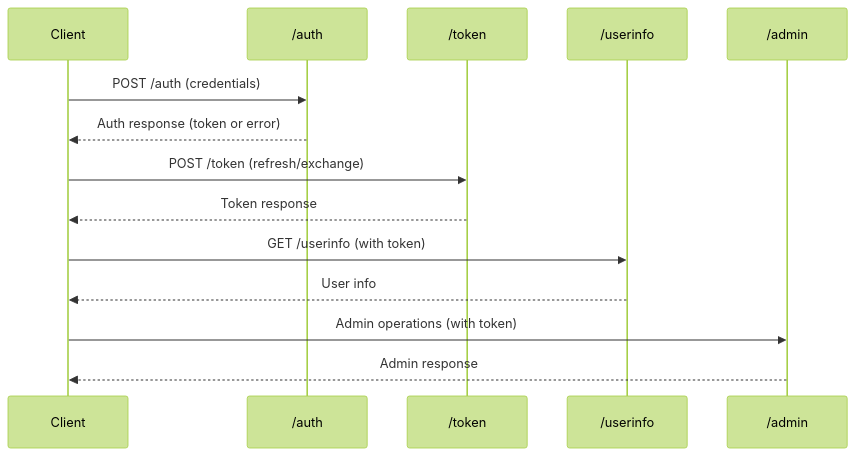
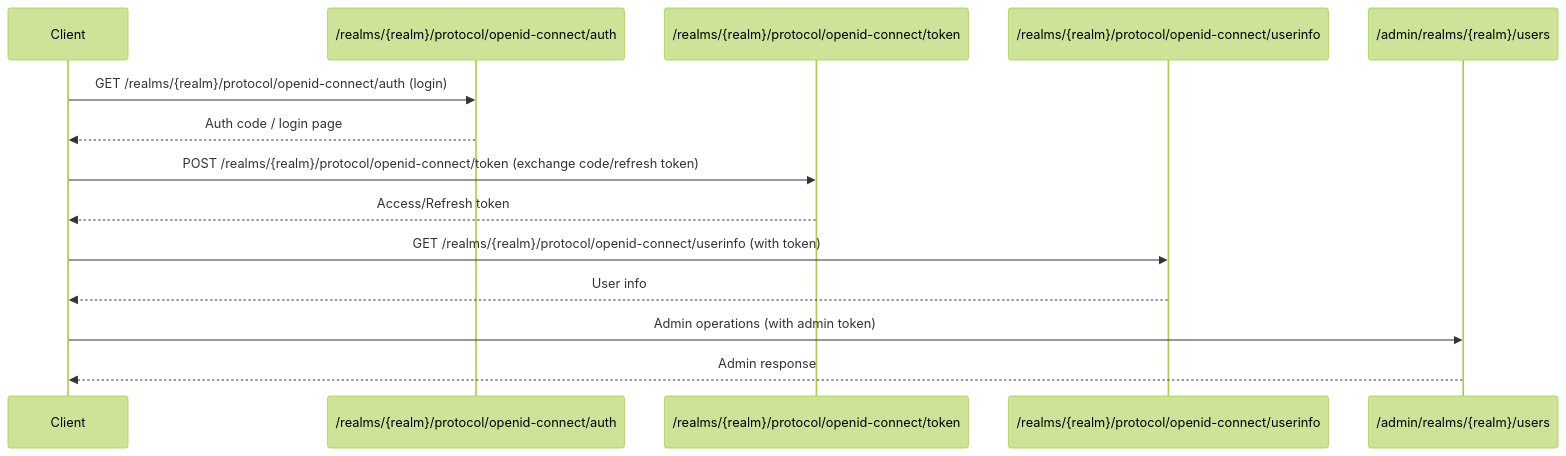
Before and after one commit to gitmujoshi/cms: the seventh of 11 diagrams in iam-system/docs/DESIGN.md, drawn with Mermaid (forest theme). The commit also changed other lines of this file, not shown here.

````diff
--- a/iam-system/docs/DESIGN.md
+++ b/iam-system/docs/DESIGN.md
@@ -233,20 +256,20 @@
 ```mermaid
 sequenceDiagram
     participant Client
-    participant AuthAPI as /auth
-    participant TokenAPI as /token
-    participant UserInfoAPI as /userinfo
-    participant AdminAPI as /admin
+    participant AuthEndpoint as /realms/{realm}/protocol/openid-connect/auth
+    participant TokenEndpoint as /realms/{realm}/protocol/openid-connect/token
+    participant UserInfoEndpoint as /realms/{realm}/protocol/openid-connect/userinfo
+    participant AdminEndpoint as /admin/realms/{realm}/users
 
-    Client->>AuthAPI: POST /auth (credentials)
-    AuthAPI-->>Client: Auth response (token or error)
+    Client->>AuthEndpoint: GET /realms/{realm}/protocol/openid-connect/auth (login)
+    AuthEndpoint-->>Client: Auth code / login page
 
-    Client->>TokenAPI: POST /token (refresh/exchange)
-    TokenAPI-->>Client: Token response
+    Client->>TokenEndpoint: POST /realms/{realm}/protocol/openid-connect/token (exchange code/refresh token)
+    TokenEndpoint-->>Client: Access/Refresh token
 
-    Client->>UserInfoAPI: GET /userinfo (with token)
-    UserInfoAPI-->>Client: User info
+    Client->>UserInfoEndpoint: GET /realms/{realm}/protocol/openid-connect/userinfo (with token)
+    UserInfoEndpoint-->>Client: User info
 
-    Client->>AdminAPI: Admin operations (with token)
-    AdminAPI-->>Client: Admin response
+    Client->>AdminEndpoint: Admin operations (with admin token)
+    AdminEndpoint-->>Client: Admin response
 ```
````
